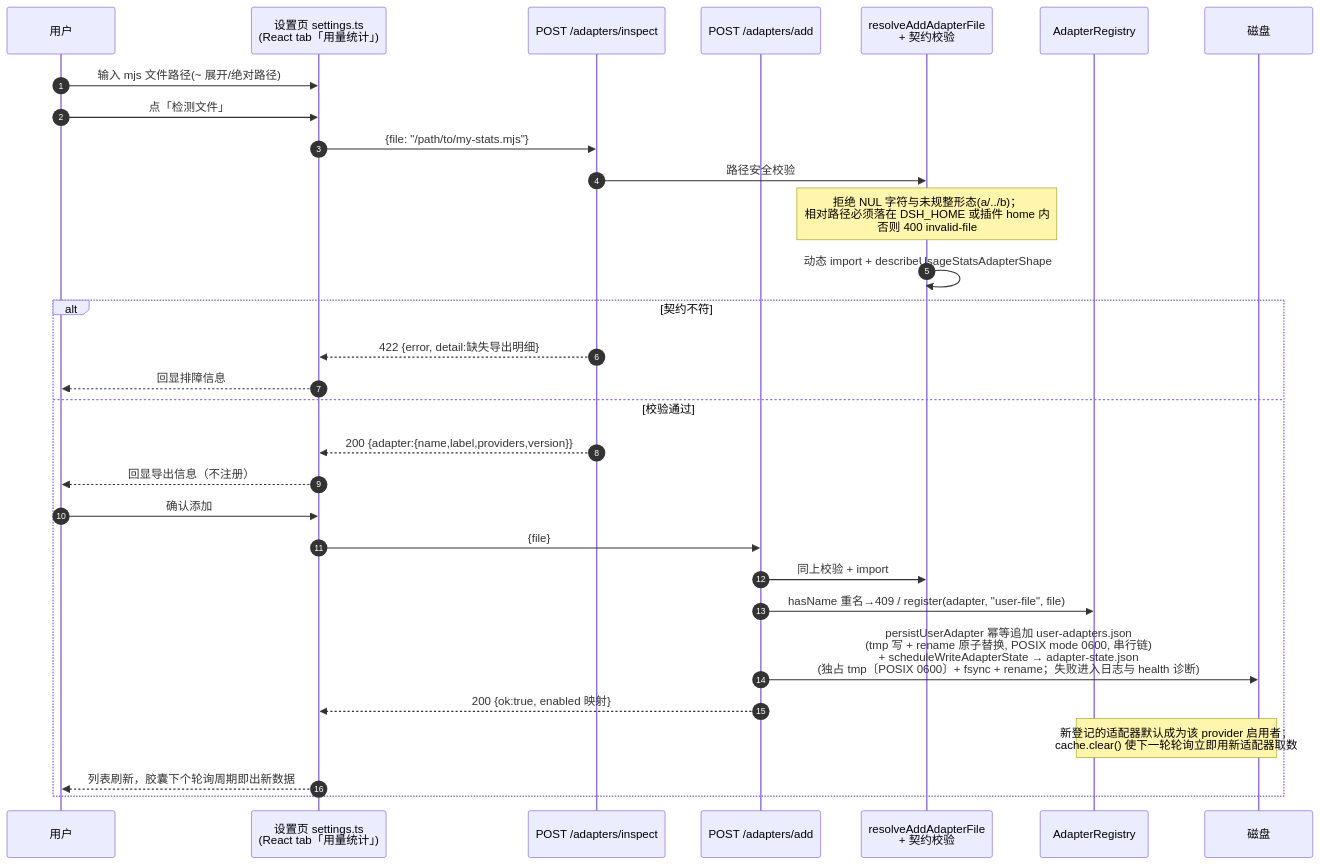
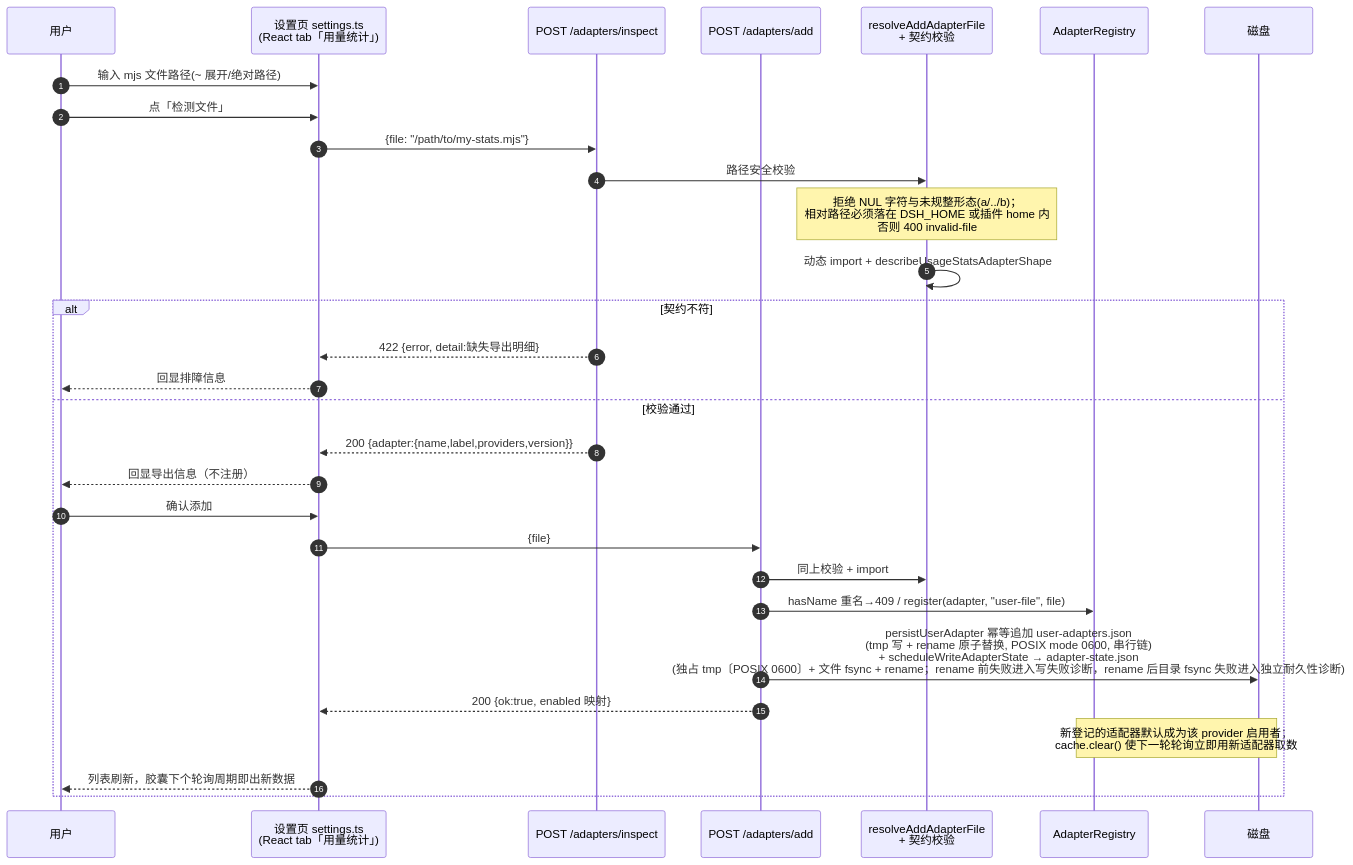
The sixth of 10 diagrams in packages/dsh-provider-usage/docs/architecture.md (wingsky-1/dsh-plugin-hub), drawn with Mermaid before and after one commit. The commit also changed other lines of this file and 6 other files, not shown here.

````diff
--- a/packages/dsh-provider-usage/docs/architecture.md
+++ b/packages/dsh-provider-usage/docs/architecture.md
@@ -224,33 +224,33 @@
 ```mermaid
 sequenceDiagram
     autonumber
     participant U as 用户
     participant SP as 设置页 settings.ts<br/>(React tab「用量统计」)
     participant IR as POST /adapters/inspect
     participant AR as POST /adapters/add
     participant V as resolveAddAdapterFile<br/>+ 契约校验
     participant RG as AdapterRegistry
     participant D as 磁盘
 
     U->>SP: 输入 mjs 文件路径(~ 展开/绝对路径)
     U->>SP: 点「检测文件」
     SP->>IR: {file: "/path/to/my-stats.mjs"}
     IR->>V: 路径安全校验
     Note over V: 拒绝 NUL 字符与未规整形态(a/../b)；<br/>相对路径必须落在 DSH_HOME 或插件 home 内<br/>否则 400 invalid-file
     V->>V: 动态 import + describeUsageStatsAdapterShape
     alt 契约不符
         IR-->>SP: 422 {error, detail:缺失导出明细}
         SP-->>U: 回显排障信息
     else 校验通过
         IR-->>SP: 200 {adapter:{name,label,providers,version}}
         SP-->>U: 回显导出信息（不注册）
         U->>SP: 确认添加
         SP->>AR: {file}
         AR->>V: 同上校验 + import
         AR->>RG: hasName 重名→409 / register(adapter, "user-file", file)
-        AR->>D: persistUserAdapter 幂等追加 user-adapters.json<br/>(tmp 写 + rename 原子替换, POSIX mode 0600, 串行链)<br/>+ scheduleWriteAdapterState → adapter-state.json<br/>(独占 tmp〔POSIX 0600〕+ fsync + rename；失败进入日志与 health 诊断)
+        AR->>D: persistUserAdapter 幂等追加 user-adapters.json<br/>(tmp 写 + rename 原子替换, POSIX mode 0600, 串行链)<br/>+ scheduleWriteAdapterState → adapter-state.json<br/>(独占 tmp〔POSIX 0600〕+ 文件 fsync + rename；rename 前失败进入写失败诊断，rename 后目录 fsync 失败进入独立耐久性诊断)
         AR-->>SP: 200 {ok:true, enabled 映射}
         Note over RG,D: 新登记的适配器默认成为该 provider 启用者；<br/>cache.clear() 使下一轮轮询立即用新适配器取数
         SP-->>U: 列表刷新，胶囊下个轮询周期即出新数据
     end
 ```
````
